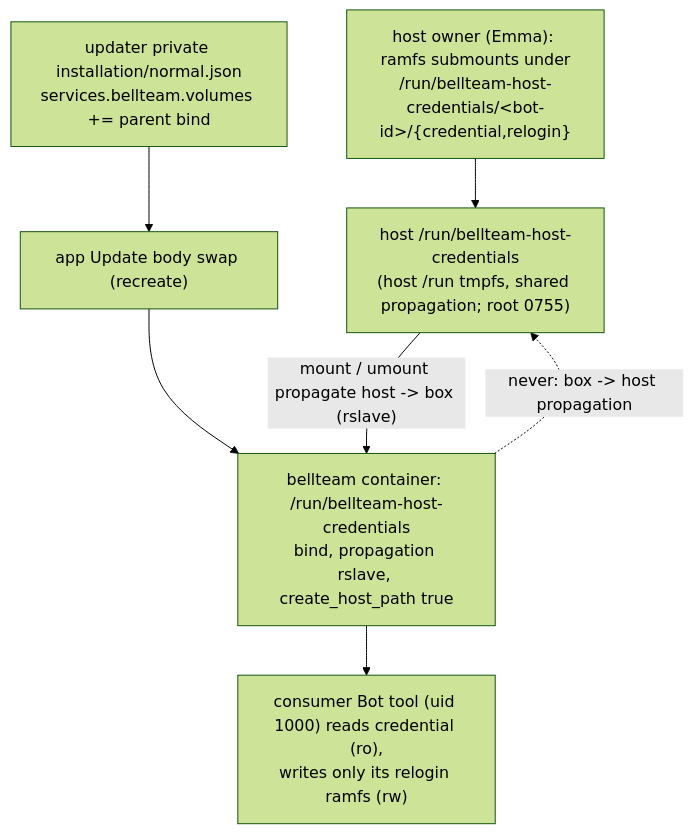
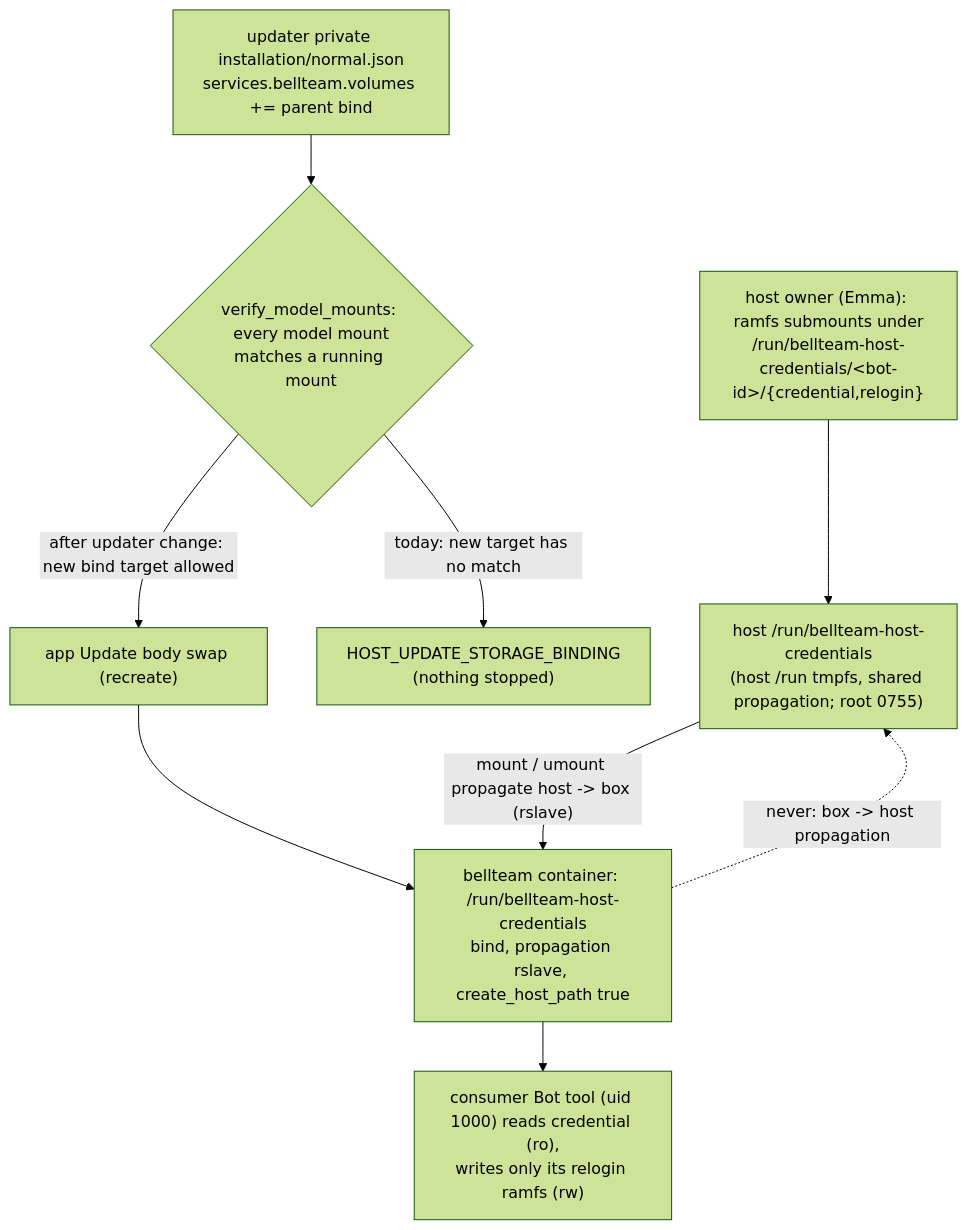
The fifth of 7 diagrams in docs/architecture/modules/runtime/execution.md (kitepon/BellTeam), drawn with Mermaid (forest theme) before and after one commit. The commit also changed other lines of this file, not shown here.

Commit message:
Box: host credential mount is blocked by the updater's model-mount check until an updater contract change

````diff
--- a/docs/architecture/modules/runtime/execution.md
+++ b/docs/architecture/modules/runtime/execution.md
@@ -140,9 +140,11 @@
 ```mermaid
 flowchart TD
   HostUnit["host owner (Emma): ramfs submounts under<br/>/run/bellteam-host-credentials/&lt;bot-id&gt;/{credential,relogin}"] --> HostRoot["host /run/bellteam-host-credentials<br/>(host /run tmpfs, shared propagation; root 0755)"]
-  Normal["updater private installation/normal.json<br/>services.bellteam.volumes += parent bind"] --> AppUpdate["app Update body swap (recreate)"]
+  Normal["updater private installation/normal.json<br/>services.bellteam.volumes += parent bind"] --> Check{"verify_model_mounts: every model mount<br/>matches a running mount"}
+  Check -->|"today: new target has no match"| Refused["HOST_UPDATE_STORAGE_BINDING<br/>(nothing stopped)"]
+  Check -->|"after updater change: new bind target allowed"| AppUpdate["app Update body swap (recreate)"]
   AppUpdate --> Box["bellteam container: /run/bellteam-host-credentials<br/>bind, propagation rslave, create_host_path true"]
   HostRoot -->|"mount / umount propagate host -> box (rslave)"| Box
   Box --> Consumer["consumer Bot tool (uid 1000) reads credential (ro),<br/>writes only its relogin ramfs (rw)"]
   Box -.->|"never: box -> host propagation"| HostRoot
 ```
````
